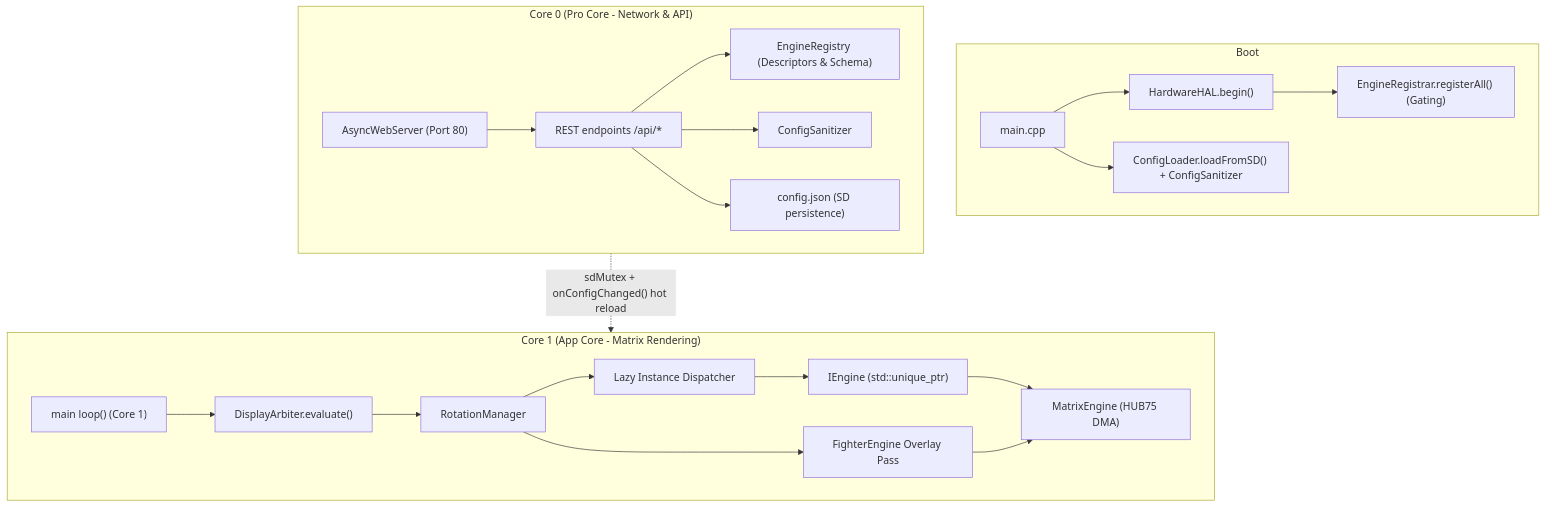
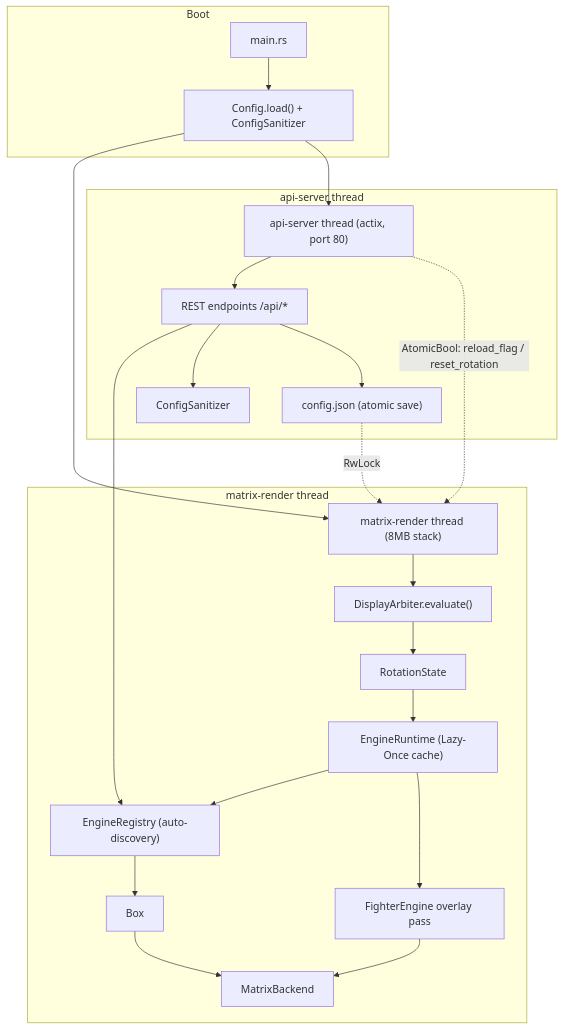
The first of 15 diagrams in docs/ARCHITECTURE.md (red77290/ArcadeMatrix), drawn with Mermaid before and after one commit. The commit also changed other lines of this file and 16 other files, not shown here.

````diff
--- a/docs/ARCHITECTURE.md
+++ b/docs/ARCHITECTURE.md
@@ -52,27 +48,30 @@
 ```mermaid
 flowchart TD
     subgraph Boot
-        MAIN["main.cpp"] --> HAL["HardwareHAL.begin()"]
-        HAL --> REG["EngineRegistrar.registerAll() (Gating)"]
-        MAIN --> CFG["ConfigLoader.loadFromSD() + ConfigSanitizer"]
+        MAIN["main.rs"] --> CFG["Config.load() + ConfigSanitizer"]
     end
 
-    subgraph Core0["Core 0 (Pro Core - Network & API)"]
-        API["AsyncWebServer (Port 80)"] --> EP["REST endpoints /api/*"]
-        EP --> REGD["EngineRegistry (Descriptors & Schema)"]
-        EP --> SAN["ConfigSanitizer"]
-        EP --> SD["config.json (SD persistence)"]
-    end
+    CFG --> REND["matrix-render thread (8MB stack)"]
+    CFG --> API["api-server thread (actix, port 80)"]
 
-    subgraph Core1["Core 1 (App Core - Matrix Rendering)"]
-        LOOP["main loop() (Core 1)"] --> ARB["DisplayArbiter.evaluate()"]
-        ARB --> ROT["RotationManager"]
-        ROT --> LAZY["Lazy Instance Dispatcher"]
-        LAZY --> ENG["IEngine (std::unique_ptr)"]
-        ENG --> MX["MatrixEngine (HUB75 DMA)"]
-        ROT --> OV["FighterEngine Overlay Pass"]
+    subgraph RenderThread["matrix-render thread"]
+        REND --> ARB["DisplayArbiter.evaluate()"]
+        ARB --> ROT["RotationState"]
+        ROT --> RT["EngineRuntime (Lazy-Once cache)"]
+        RT --> REG["EngineRegistry (auto-discovery)"]
+        REG --> ENG["Box<dyn Engine>"]
+        ENG --> MX["MatrixBackend"]
+        RT --> OV["FighterEngine overlay pass"]
         OV --> MX
     end
 
-    Core0 -.->|"sdMutex + onConfigChanged() hot reload"| Core1
+    subgraph ApiThread["api-server thread"]
+        API --> EP["REST endpoints /api/*"]
+        EP --> REG
+        EP --> SAN["ConfigSanitizer"]
+        EP --> SAVE["config.json (atomic save)"]
+    end
+
+    API -.->|"AtomicBool: reload_flag / reset_rotation"| REND
+    SAVE -.->|"RwLock<ConfigSettings>"| REND
 ```
````
